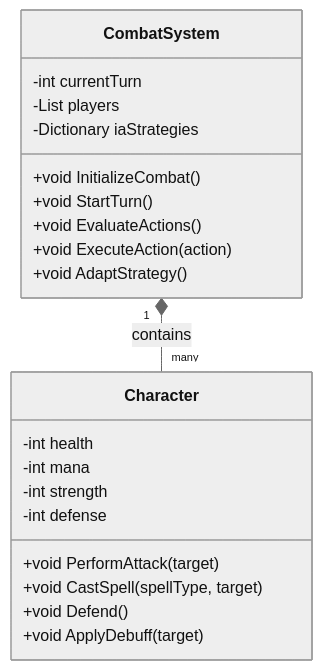
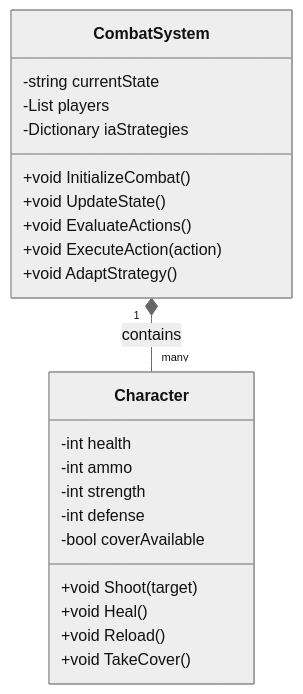
The diagram in README.md (neutronbomb23/IAV24-HerrezueloBlasco-PabloMartinezQuesada), drawn with Mermaid (neutral theme) before and after one commit. The commit also changed other lines of this file, not shown here.

````diff
--- a/README.md
+++ b/README.md
@@ -66,24 +65,25 @@
 ```mermaid
 classDiagram
     class CombatSystem {
-        -int currentTurn
+        -string currentState
         -List players
         -Dictionary iaStrategies
         +void InitializeCombat()
-        +void StartTurn()
+        +void UpdateState()
         +void EvaluateActions()
         +void ExecuteAction(action)
         +void AdaptStrategy()
     }
     class Character {
         -int health
-        -int mana
+        -int ammo
         -int strength
         -int defense
-        +void PerformAttack(target)
-        +void CastSpell(spellType, target)
-        +void Defend()
-        +void ApplyDebuff(target)
+        -bool coverAvailable
+        +void Shoot(target)
+        +void Heal()
+        +void Reload()
+        +void TakeCover()
     }
     CombatSystem "1" *-- "many" Character : contains
 ```
````
